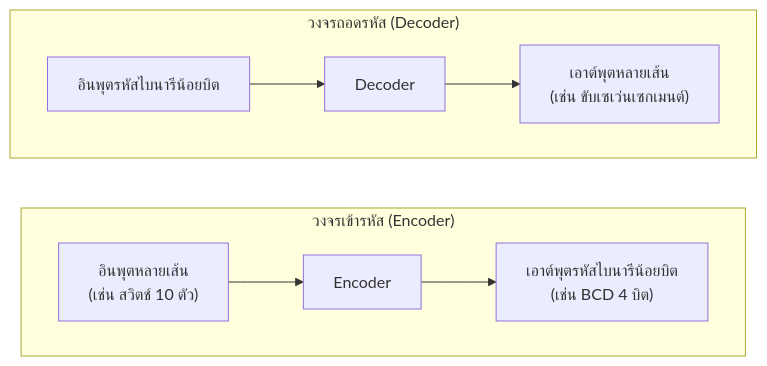
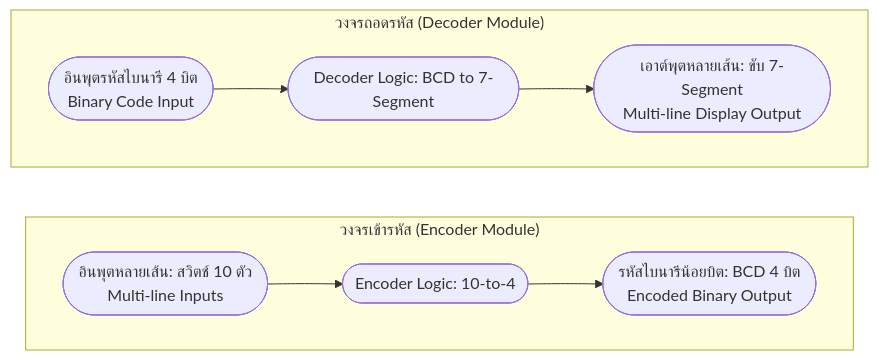
One commit to PhuriphatTyPeZ3r0/Course-1322201-Digital-Logic-Design-2026 changed the diagram in 01_Lectures/Week5/Encoders-Decoders.md. Above: the diagram before and after it, drawn with Mermaid. The commit also changed 18 other files, not shown here.

Commit message:
refactor: standardize diagrams to UML specifications across notes and templates

````diff
--- a/01_Lectures/Week5/Encoders-Decoders.md
+++ b/01_Lectures/Week5/Encoders-Decoders.md
@@ -51,11 +51,11 @@
 ```mermaid
 flowchart LR
-    subgraph Encoder["วงจรเข้ารหัส (Encoder)"]
+    subgraph Encoder ["วงจรเข้ารหัส (Encoder Module)"]
         direction LR
-        E1["อินพุตหลายเส้น\n(เช่น สวิตช์ 10 ตัว)"] --> E2["Encoder"] --> E3["เอาต์พุตรหัสไบนารีน้อยบิต\n(เช่น BCD 4 บิต)"]
+        E1([อินพุตหลายเส้น: สวิตช์ 10 ตัว<br>Multi-line Inputs]) --> E2([Encoder Logic: 10-to-4]) --> E3([รหัสไบนารีน้อยบิต: BCD 4 บิต<br>Encoded Binary Output])
     end
-    subgraph Decoder["วงจรถอดรหัส (Decoder)"]
+    subgraph Decoder ["วงจรถอดรหัส (Decoder Module)"]
         direction LR
-        D1["อินพุตรหัสไบนารีน้อยบิต"] --> D2["Decoder"] --> D3["เอาต์พุตหลายเส้น\n(เช่น ขับเซเว่นเซกเมนต์)"]
+        D1([อินพุตรหัสไบนารี 4 บิต<br>Binary Code Input]) --> D2([Decoder Logic: BCD to 7-Segment]) --> D3([เอาต์พุตหลายเส้น: ขับ 7-Segment<br>Multi-line Display Output])
     end
 ```
````
